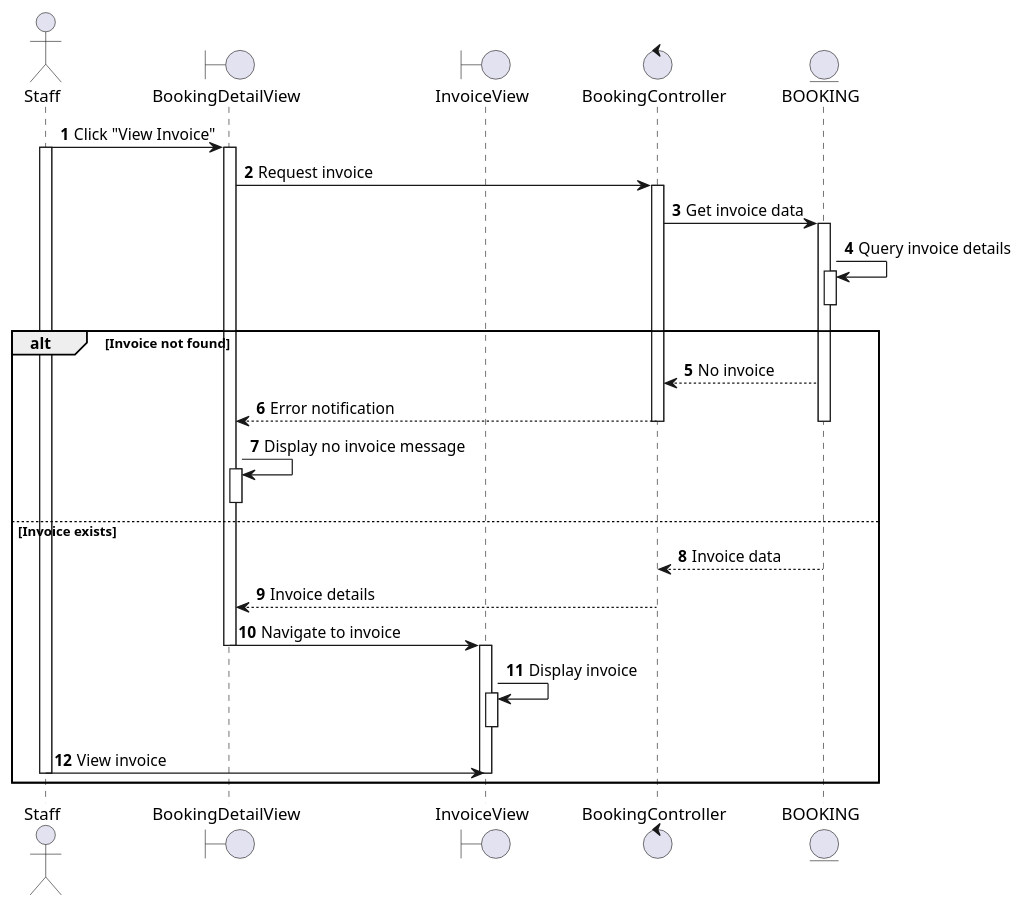
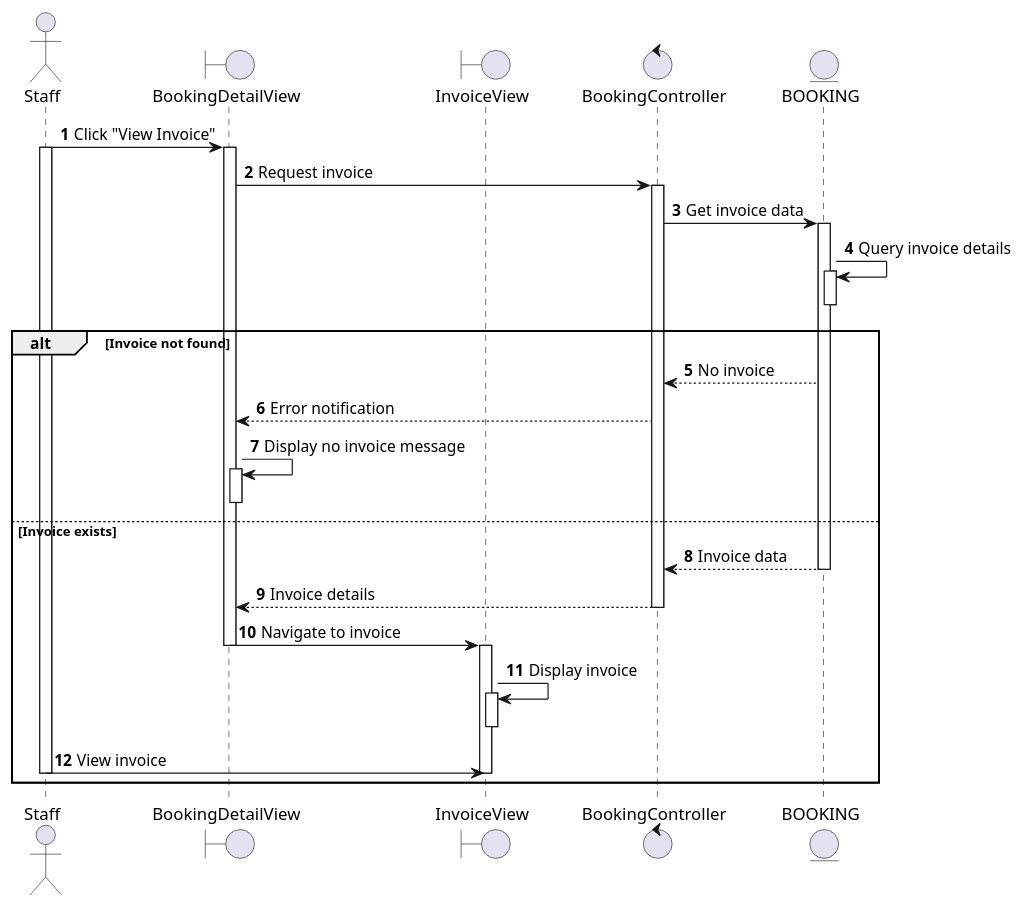
Before and after one commit to se113-wm/se113-wm.github.io: the diagram in docs/docs/sequence/adjust-and-track-bookings/view-booking's-invoice.md, drawn with PlantUML. The commit also changed 10 other files, not shown here.

Commit message:
fix(sequence): deactivate entities in various sequence diagrams for clarity

````diff
--- a/docs/docs/sequence/adjust-and-track-bookings/view-booking's-invoice.md
+++ b/docs/docs/sequence/adjust-and-track-bookings/view-booking's-invoice.md
@@ -3,48 +3,47 @@
 ```plantuml
 @startuml
 autonumber
 
 actor Staff as S
 boundary BookingDetailView as BDV
 boundary InvoiceView as IV
 control BookingController as BC
 entity BOOKING as B
 
 S -> BDV: Click "View Invoice"
 activate S
 activate BDV
 BDV -> BC: Request invoice
 activate BC
 BC -> B: Get invoice data
 activate B
 B -> B: Query invoice details
 activate B
 deactivate B
 
 
 alt Invoice not found
   BC <-- B: No invoice
   BDV <-- BC: Error notification
-  deactivate BC
-  deactivate B
   BDV -> BDV: Display no invoice message
   activate BDV
   deactivate BDV
 else Invoice exists
   BC <-- B: Invoice data
   deactivate B
   BDV <-- BC: Invoice details
+  deactivate B
   deactivate BC
   BDV -> IV: Navigate to invoice
   deactivate BDV
   activate IV
   IV -> IV: Display invoice
   activate IV
   deactivate IV
   S -> IV: View invoice
   deactivate S
   deactivate IV
 end
 
 @enduml
 ```
````
